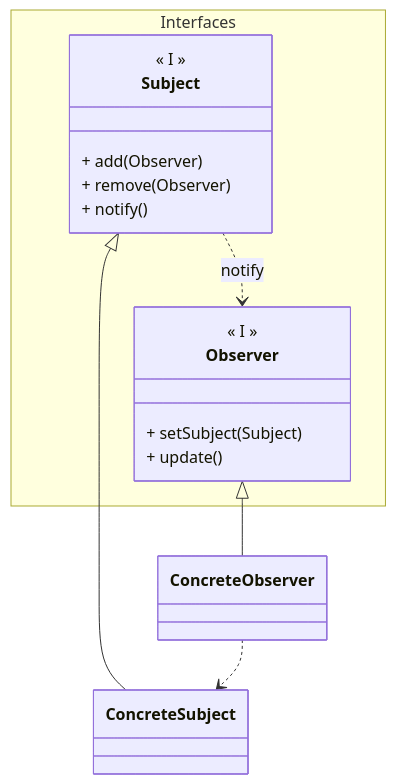
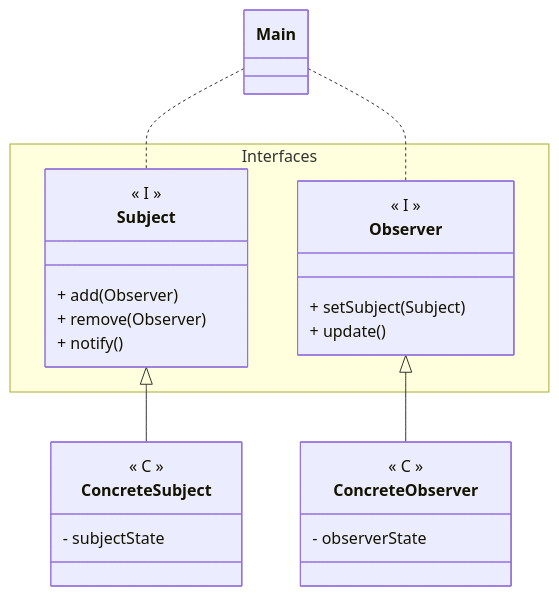
The diagram in Programming/Patterns/data/Observer.md (angelromarco04/MyNotes), drawn with Mermaid before and after one commit. The commit also changed other lines of this file, not shown here.

Commit message:
vault backup: 2024-03-17 12:23:28

````diff
--- a/Programming/Patterns/data/Observer.md
+++ b/Programming/Patterns/data/Observer.md
@@ -25,26 +26,37 @@
 ```mermaid
 classDiagram
+direction TB
 
+Main .. Subject
+Main .. Observer
 
 Subject <|-- ConcreteSubject
 Observer <|-- ConcreteObserver
-Subject ..> Observer : notify
-ConcreteObserver ..> ConcreteSubject
 
 namespace Interfaces {
 
 	class Subject {
 		<< I >>
 		+ add(Observer)
 		+ remove(Observer)
 		+ notify()
 	}
 
 	class Observer {
 		<< I >>
 		+ setSubject(Subject)
 		+ update()
 	}
 }
 
+class ConcreteSubject {
+		<< C >>
+		- subjectState
+	}
+
+class ConcreteObserver {
+	<< C >>
+	- observerState
+}
+
 ```
````
